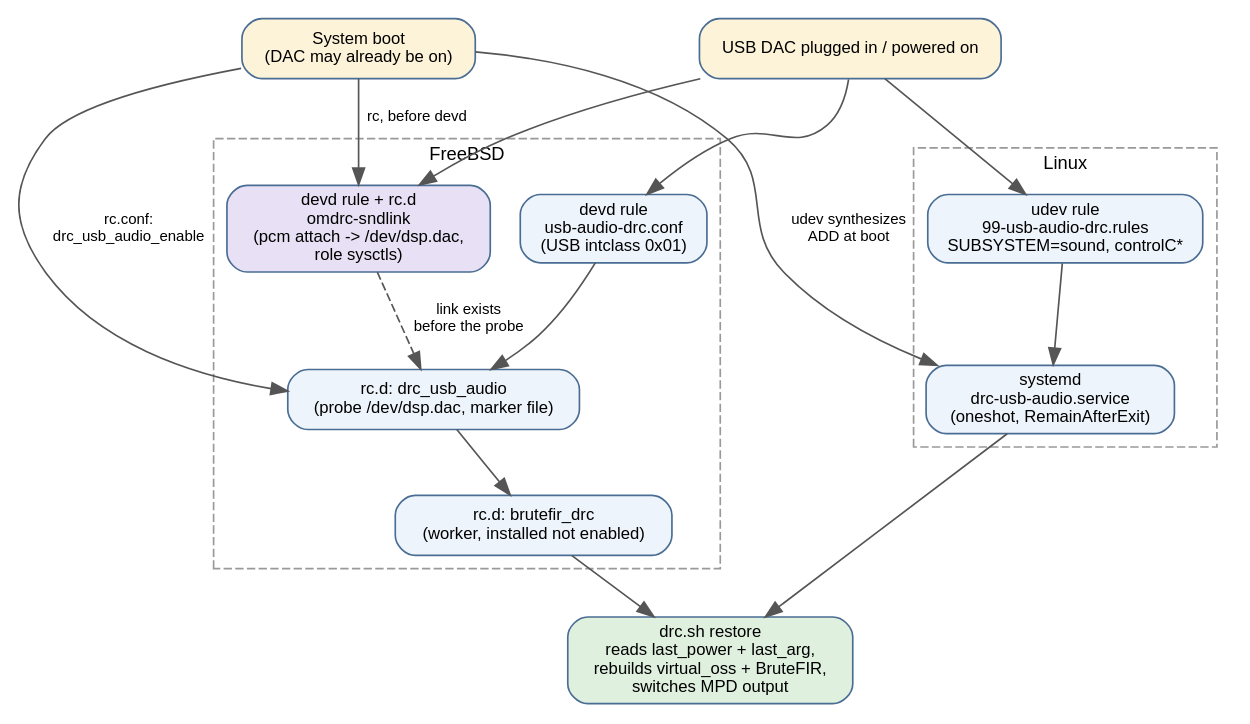
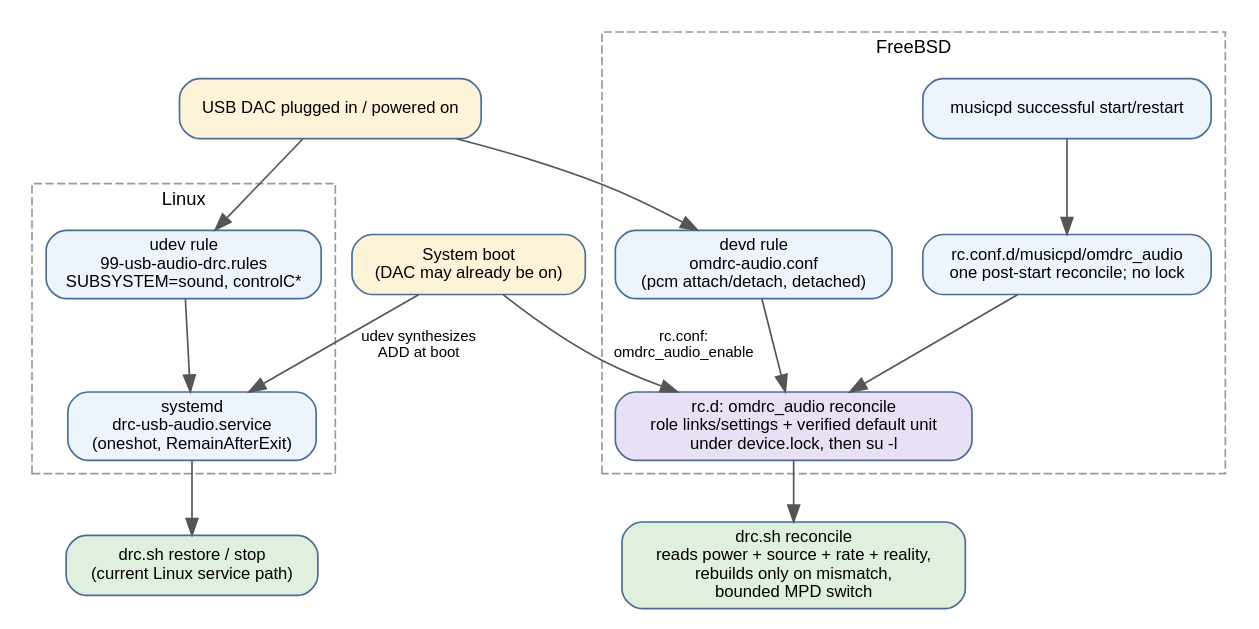
The diagram in doc/pdf/diagrams/chain-hotplug.dot (delleceste/open-media-drc), drawn with Graphviz before and after one commit. The commit also changed 65 other files, not shown here.

Commit message:
Simplify FreeBSD audio lifecycle and hotplug handling

```diff
--- a/doc/pdf/diagrams/chain-hotplug.dot
+++ b/doc/pdf/diagrams/chain-hotplug.dot
@@ -1,34 +1,33 @@
-// USB DAC hotplug automation, Linux (udev/systemd) and FreeBSD (devd/rc.d).
+// USB DAC hotplug plus late-MPD reconciliation, Linux and FreeBSD.
 digraph chain_hotplug {
     rankdir=TB;
     fontname="Helvetica";
     node [fontname="Helvetica", fontsize=10, shape=box, style="rounded,filled", fillcolor="#eef4fb", color="#4a6d94"];
     edge [fontname="Helvetica", fontsize=9, color="#555555"];
 
     plug [label="USB DAC plugged in / powered on", fillcolor="#fdf3d8"];
     boot [label="System boot\n(DAC may already be on)", fillcolor="#fdf3d8"];
 
     subgraph cluster_linux {
         label="Linux"; fontsize=11; style=dashed; color="#999999";
         udev  [label="udev rule\n99-usb-audio-drc.rules\nSUBSYSTEM=sound, controlC*"];
         svc   [label="systemd\ndrc-usb-audio.service\n(oneshot, RemainAfterExit)"];
     }
 
     subgraph cluster_fbsd {
         label="FreeBSD"; fontsize=11; style=dashed; color="#999999";
-        devd  [label="devd rule\nusb-audio-drc.conf\n(USB intclass 0x01)"];
-        link  [label="devd rule + rc.d\nomdrc-sndlink\n(pcm attach -> /dev/dsp.dac,\nrole sysctls)", fillcolor="#e8e0f4"];
-        rcd   [label="rc.d: drc_usb_audio\n(probe /dev/dsp.dac, marker file)"];
-        wrk   [label="rc.d: brutefir_drc\n(worker, installed not enabled)"];
+        devd  [label="devd rule\nomdrc-audio.conf\n(pcm attach/detach, detached)"];
+        mpdok [label="musicpd successful start/restart"];
+        mpdhook [label="rc.conf.d/musicpd/omdrc_audio\none post-start reconcile; no lock"];
+        rcd   [label="rc.d: omdrc_audio reconcile\nrole links/settings + verified default unit\nunder device.lock, then su -l", fillcolor="#e8e0f4"];
     }
 
-    restore [label="drc.sh restore\nreads last_power + last_arg,\nrebuilds virtual_oss + BruteFIR,\nswitches MPD output", fillcolor="#dff0df"];
+    linuxrun [label="drc.sh restore / stop\n(current Linux service path)", fillcolor="#dff0df"];
+    reconcile [label="drc.sh reconcile\nreads power + source + rate + reality,\nrebuilds only on mismatch,\nbounded MPD switch", fillcolor="#dff0df"];
 
-    plug -> udev -> svc -> restore;
-    plug -> link;
-    boot -> link [label="rc, before devd"];
-    plug -> devd -> rcd -> wrk -> restore;
-    link -> rcd [style=dashed, label="link exists\nbefore the probe"];
+    plug -> udev -> svc -> linuxrun;
+    plug -> devd -> rcd -> reconcile;
+    mpdok -> mpdhook -> rcd;
     boot -> svc [label="udev synthesizes\nADD at boot"];
-    boot -> rcd [label="rc.conf:\ndrc_usb_audio_enable"];
+    boot -> rcd [label="rc.conf:\nomdrc_audio_enable"];
 }
```
